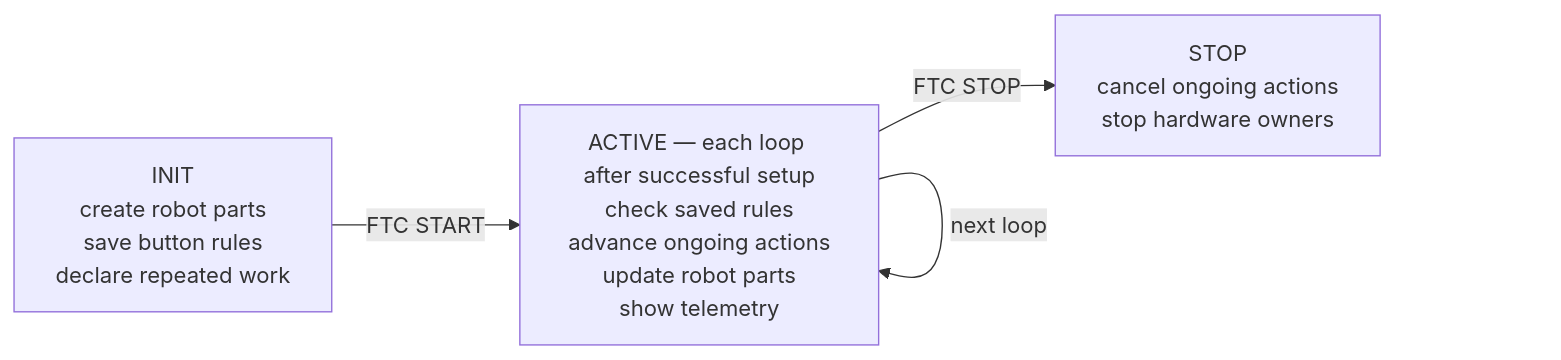
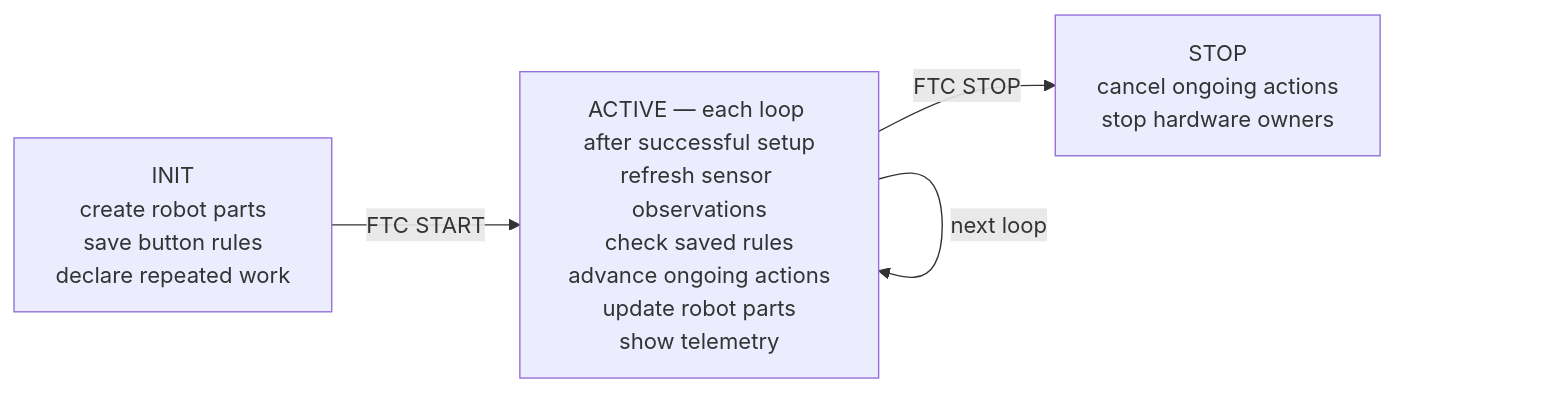
Before and after one commit to harishv-99/2025-PhoenixPedro: the diagram in TeamCode/src/main/java/edu/ftcsushi/fw/docs/getting-started/Framework Overview.md, drawn with Mermaid. The commit also changed other lines of this file and 46 other files, not shown here.

````diff
--- a/TeamCode/src/main/java/edu/ftcsushi/fw/docs/getting-started/Framework Overview.md
+++ b/TeamCode/src/main/java/edu/ftcsushi/fw/docs/getting-started/Framework Overview.md
@@ -80,13 +81,13 @@
 ```mermaid
 flowchart LR
   accTitle: What Sushi does from INIT to STOP
-  accDescr: During INIT student code creates robot parts, saves button rules, and declares repeated work. After FTC START, when setup succeeded, every active loop checks rules, advances ongoing actions, updates robot parts, and shows telemetry. At FTC STOP, Sushi cancels ongoing actions and stops hardware owners.
+  accDescr: During INIT student code creates robot parts, saves button rules, and declares repeated work. After FTC START, when setup succeeded, every active loop refreshes sensor observations, checks rules, advances ongoing actions, updates robot parts, and shows telemetry. At FTC STOP, Sushi cancels ongoing actions and stops hardware owners.
 
   I["INIT<br/>create robot parts<br/>save button rules<br/>declare repeated work"]
-  A["ACTIVE — each loop after successful setup<br/>check saved rules<br/>advance ongoing actions<br/>update robot parts<br/>show telemetry"]
+  A["ACTIVE — each loop after successful setup<br/>refresh sensor observations<br/>check saved rules<br/>advance ongoing actions<br/>update robot parts<br/>show telemetry"]
   S["STOP<br/>cancel ongoing actions<br/>stop hardware owners"]
 
   I -->|FTC START| A
   A -->|next loop| A
   A -->|FTC STOP| S
 ```
````
